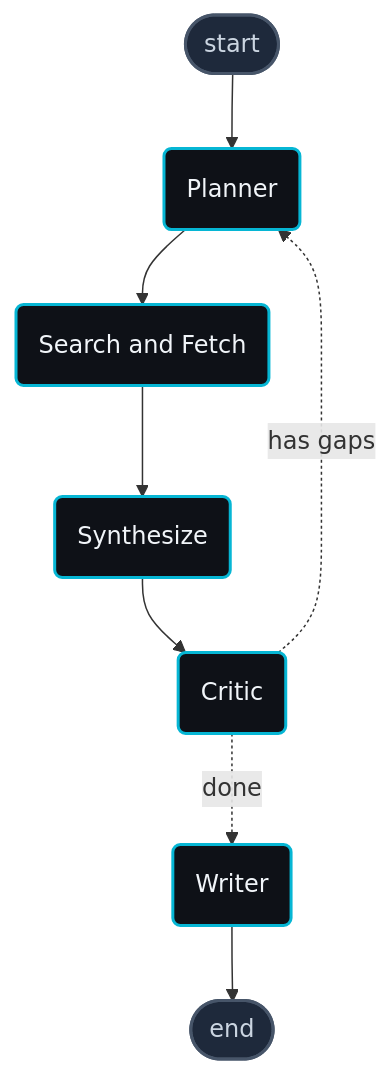
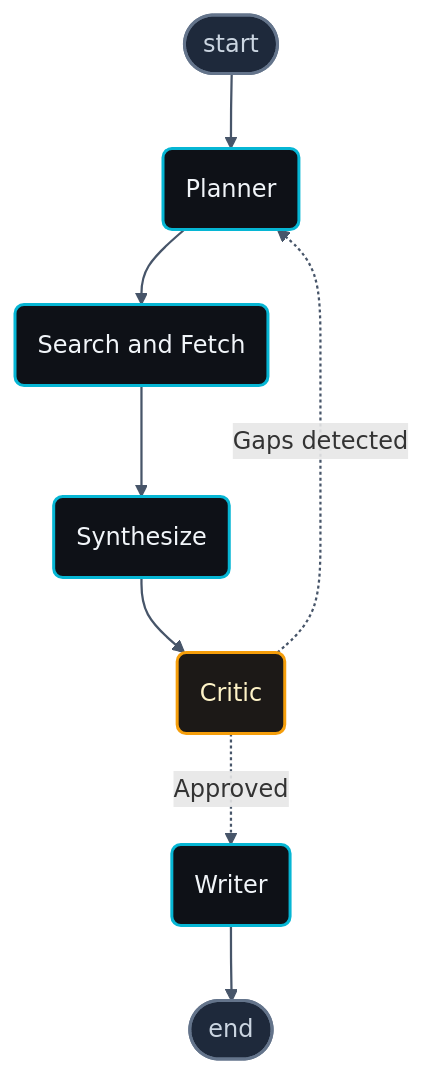
The diagram in README.md (SebastianChM/deepresearch-agent), drawn with Mermaid before and after one commit. The commit also changed other lines of this file and 4 other files, not shown here.

First line of the commit message:
refactor(docs): rebrand architecture diagram to match the dark cyan UI

````diff
--- a/README.md
+++ b/README.md
@@ -26,19 +24,21 @@
 ```mermaid
 graph TD;
-    __start__([start]):::endpoint
+    start([ start ]):::endpoint
     planner(Planner):::node
-    gather_sources(Search and Fetch):::node
-    synthesizer(Synthesize):::node
-    critic(Critic):::node
+    gather(Search and Fetch):::node
+    synth(Synthesize):::node
+    critic(Critic):::loop
     writer(Writer):::node
-    __end__([end]):::endpoint
-    __start__ --> planner;
-    planner --> gather_sources;
-    gather_sources --> synthesizer;
-    synthesizer --> critic;
-    critic -.->|has gaps| planner;
-    critic -.->|done| writer;
-    writer --> __end__;
-    classDef node fill:#0e1117,stroke:#06b6d4,stroke-width:2px,color:#f1f5f9
-    classDef endpoint fill:#1e293b,stroke:#475569,color:#cbd5e1
+    finish([ end ]):::endpoint
+    start --> planner;
+    planner --> gather;
+    gather --> synth;
+    synth --> critic;
+    critic -.->|Gaps detected| planner;
+    critic -.->|Approved| writer;
+    writer --> finish;
+    classDef node fill:#0e1117,stroke:#06b6d4,stroke-width:2px,color:#f1f5f9,rx:6,ry:6
+    classDef loop fill:#1c1917,stroke:#f59e0b,stroke-width:2px,color:#fef3c7,rx:6,ry:6
+    classDef endpoint fill:#1e293b,stroke:#64748b,color:#cbd5e1
+    linkStyle default stroke:#475569,stroke-width:1.5px
 ```
````
